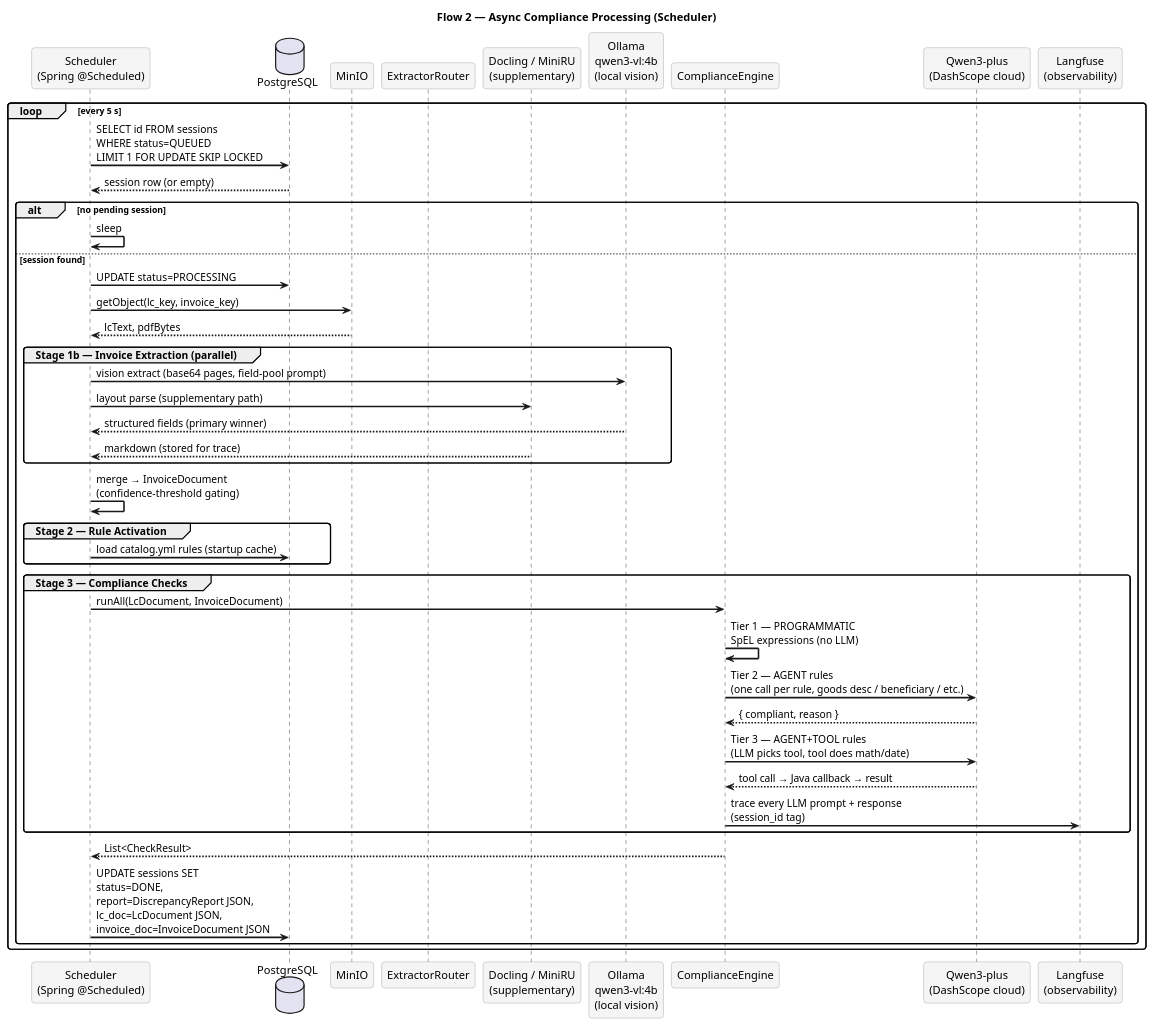
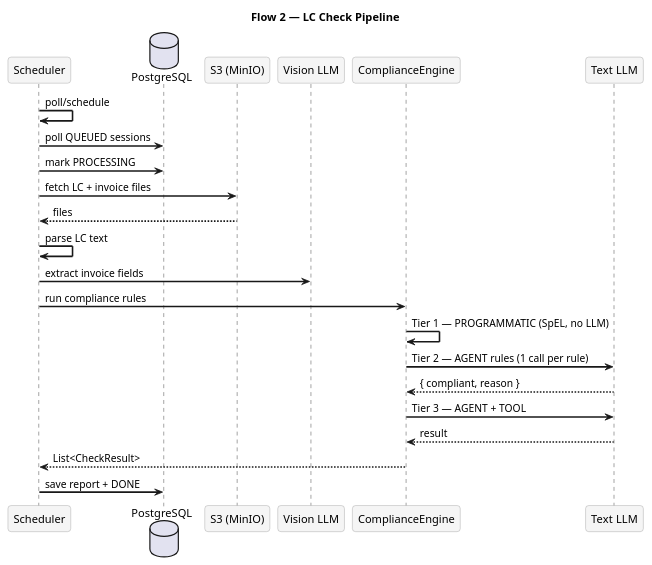
One commit to smile-rr/lc-invoice-checker changed the diagram in docs/diagrams/flow-2-async-processing.puml. Above: the diagram before and after it, drawn with PlantUML. The commit also changed 21 other files, not shown here.

First line of the commit message:
feat: add compliance reference data and invoice field definitions

```diff
--- a/docs/diagrams/flow-2-async-processing.puml
+++ b/docs/diagrams/flow-2-async-processing.puml
@@ -1,62 +1,37 @@
 @startuml flow-2-async-processing
-title Flow 2 — Async Compliance Processing (Scheduler)
+title Flow 2 — LC Check Pipeline
 
 skinparam sequenceArrowThickness 2
 skinparam roundcorner 8
 skinparam sequenceParticipantBackgroundColor #F5F5F5
 skinparam sequenceParticipantBorderColor #999999
 
-participant "Scheduler\n(Spring @Scheduled)" as SCH
+participant "Scheduler" as SCH
 database "PostgreSQL" as DB
-participant "MinIO" as S3
-participant "ExtractorRouter" as ER
-participant "Docling / MiniRU\n(supplementary)" as DOC
-participant "Ollama\nqwen3-vl:4b\n(local vision)" as OL
+participant "S3 (MinIO)" as S3
+participant "Vision LLM" as OL
 participant "ComplianceEngine" as CE
-participant "Qwen3-plus\n(DashScope cloud)" as LLM
-participant "Langfuse\n(observability)" as LF
+participant "Text LLM" as LLM
 
-loop every 5 s
-    SCH -> DB  : SELECT id FROM sessions\nWHERE status=QUEUED\nLIMIT 1 FOR UPDATE SKIP LOCKED
-    DB  --> SCH: session row (or empty)
+SCH -> SCH : poll/schedule
+SCH -> DB  : poll QUEUED sessions
+SCH -> DB  : mark PROCESSING
+SCH -> S3  : fetch LC + invoice files
+S3  --> SCH: files
 
-    alt no pending session
-        SCH -> SCH : sleep
-    else session found
-        SCH -> DB  : UPDATE status=PROCESSING
-        SCH -> S3  : getObject(lc_key, invoice_key)
-        S3  --> SCH: lcText, pdfBytes
+SCH -> SCH : parse LC text
+SCH -> OL  : extract invoice fields
 
-        group Stage 1b — Invoice Extraction (parallel)
-            SCH -> OL  : vision extract (base64 pages, field-pool prompt)
-            SCH -> DOC : layout parse (supplementary path)
-            OL  --> SCH: structured fields (primary winner)
-            DOC --> SCH: markdown (stored for trace)
-        end
+SCH -> CE  : run compliance rules
 
-        SCH -> SCH : merge → InvoiceDocument\n(confidence-threshold gating)
+CE -> CE   : Tier 1 — PROGRAMMATIC (SpEL, no LLM)
 
-        group Stage 2 — Rule Activation
-            SCH -> DB  : load catalog.yml rules (startup cache)
-        end
+CE -> LLM  : Tier 2 — AGENT rules (1 call per rule)
+LLM --> CE : { compliant, reason }
 
-        group Stage 3 — Compliance Checks
-            SCH -> CE  : runAll(LcDocument, InvoiceDocument)
+CE -> LLM  : Tier 3 — AGENT + TOOL
+LLM --> CE : result
 
-            CE -> CE   : Tier 1 — PROGRAMMATIC\nSpEL expressions (no LLM)
-
-            CE -> LLM  : Tier 2 — AGENT rules\n(one call per rule, goods desc / beneficiary / etc.)
-            LLM --> CE : { compliant, reason }
-
-            CE -> LLM  : Tier 3 — AGENT+TOOL rules\n(LLM picks tool, tool does math/date)
-            LLM --> CE : tool call → Java callback → result
-
-            CE -> LF   : trace every LLM prompt + response\n(session_id tag)
-        end
-
-        CE --> SCH : List<CheckResult>
-
-        SCH -> DB  : UPDATE sessions SET\nstatus=DONE,\nreport=DiscrepancyReport JSON,\nlc_doc=LcDocument JSON,\ninvoice_doc=InvoiceDocument JSON
-    end
-end
+CE --> SCH : List<CheckResult>
+SCH -> DB  : save report + DONE
 @enduml
```
